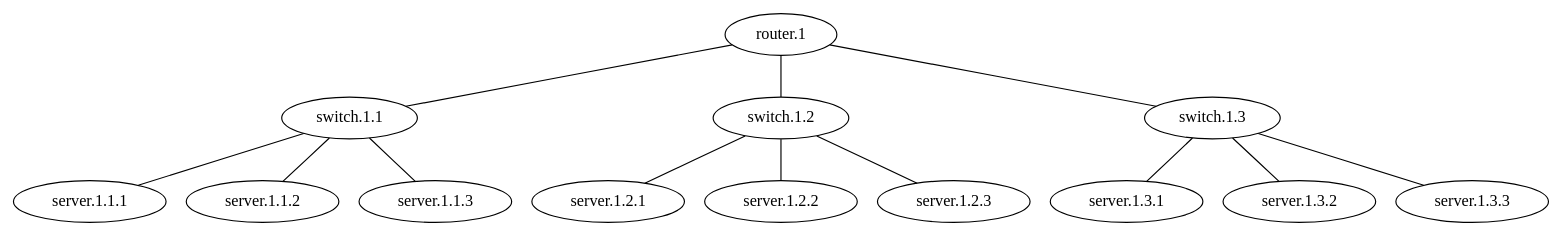
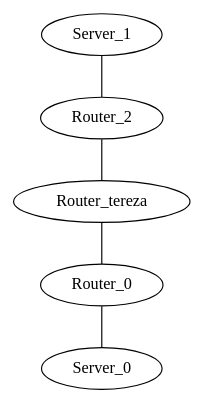
Before and after one commit to matferronato/TopologyGen: the diagram in TopologyGen/TopologyInfo/topology.dot, drawn with Graphviz. The commit also changed 54 other files, not shown here.

```diff
--- a/TopologyGen/TopologyInfo/topology.dot
+++ b/TopologyGen/TopologyInfo/topology.dot
@@ -1,32 +1,11 @@
 graph vx {
-"router.1" [function="leaf" vagrant="eth1" os="hashicorp/bionic64" version="1.0.282" memory="500" config="./helper_scripts/config_production_switch.sh" ] 
-"switch.1.1" [function="leaf" vagrant="eth1" os="hashicorp/bionic64" version="1.0.282" memory="500" config="./helper_scripts/config_production_switch.sh" ] 
-"server.1.1.1" [function="leaf" vagrant="eth1" os="hashicorp/bionic64" version="1.0.282" memory="500" config="./helper_scripts/config_production_switch.sh" ] 
-"server.1.1.2" [function="leaf" vagrant="eth1" os="hashicorp/bionic64" version="1.0.282" memory="500" config="./helper_scripts/config_production_switch.sh" ] 
-"server.1.1.3" [function="leaf" vagrant="eth1" os="hashicorp/bionic64" version="1.0.282" memory="500" config="./helper_scripts/config_production_switch.sh" ] 
-"switch.1.2" [function="leaf" vagrant="eth1" os="hashicorp/bionic64" version="1.0.282" memory="500" config="./helper_scripts/config_production_switch.sh" ] 
-"server.1.2.1" [function="leaf" vagrant="eth1" os="hashicorp/bionic64" version="1.0.282" memory="500" config="./helper_scripts/config_production_switch.sh" ] 
-"server.1.2.2" [function="leaf" vagrant="eth1" os="hashicorp/bionic64" version="1.0.282" memory="500" config="./helper_scripts/config_production_switch.sh" ] 
-"server.1.2.3" [function="leaf" vagrant="eth1" os="hashicorp/bionic64" version="1.0.282" memory="500" config="./helper_scripts/config_production_switch.sh" ] 
-"switch.1.3" [function="leaf" vagrant="eth1" os="hashicorp/bionic64" version="1.0.282" memory="500" config="./helper_scripts/config_production_switch.sh" ] 
-"server.1.3.1" [function="leaf" vagrant="eth1" os="hashicorp/bionic64" version="1.0.282" memory="500" config="./helper_scripts/config_production_switch.sh" ] 
-"server.1.3.2" [function="leaf" vagrant="eth1" os="hashicorp/bionic64" version="1.0.282" memory="500" config="./helper_scripts/config_production_switch.sh" ] 
-"server.1.3.3" [function="leaf" vagrant="eth1" os="hashicorp/bionic64" version="1.0.282" memory="500" config="./helper_scripts/config_production_switch.sh" ] 
-"router.1":"eth1" -- "switch.1.1":"eth50"
-"switch.1.1":"eth1" -- "server.1.1.1":"eth50"
-"switch.1.1":"eth2" -- "server.1.1.2":"eth50"
-"switch.1.1":"eth3" -- "server.1.1.3":"eth50"
-
-"router.1":"eth2" -- "switch.1.2":"eth50"
-"switch.1.2":"eth1" -- "server.1.2.1":"eth50"
-"switch.1.2":"eth2" -- "server.1.2.2":"eth50"
-"switch.1.2":"eth3" -- "server.1.2.3":"eth50"
-
-"router.1":"eth3" -- "switch.1.3":"eth50"
-"switch.1.3":"eth1" -- "server.1.3.1":"eth50"
-"switch.1.3":"eth2" -- "server.1.3.2":"eth50"
-"switch.1.3":"eth3" -- "server.1.3.3":"eth50"
-
-
-
+"Router_0" [function="leaf" vagrant="eth1" os="Linux Ubuntu" version="1.1" memory="500" config="./helper_scripts/config_production_switch.sh" ]
+"Router_tereza" [function="leaf" vagrant="eth1" os="Linux Ubuntu" version="1.1" memory="500" config="./helper_scripts/config_production_switch.sh" ]
+"Router_2" [function="leaf" vagrant="eth1" os="Linux Ubuntu" version="1.1" memory="500" config="./helper_scripts/config_production_switch.sh" ]
+"Server_0" [function="leaf" vagrant="eth1" os="Hashicorp/Bionic64" version="1.1" memory="500" config="./helper_scripts/config_production_switch.sh" ]
+"Server_1" [function="leaf" vagrant="eth1" os="Linux Ubuntu" version="1.1" memory="500" config="./helper_scripts/config_production_switch.sh" ]
+"Server_1":"eth100" -- "Router_2":"eth1"
+"Router_2":"eth100" -- "Router_tereza":"eth100"
+"Router_tereza":"eth101" -- "Router_0":"eth100"
+"Router_0":"eth1" -- "Server_0":"eth100"
 }
```
